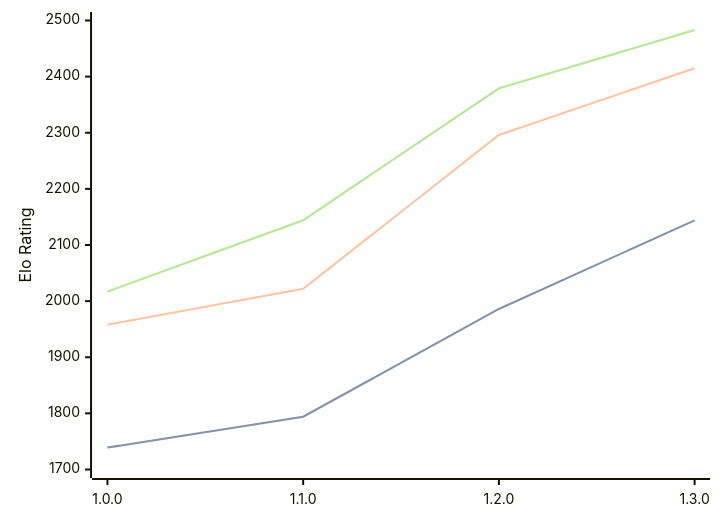
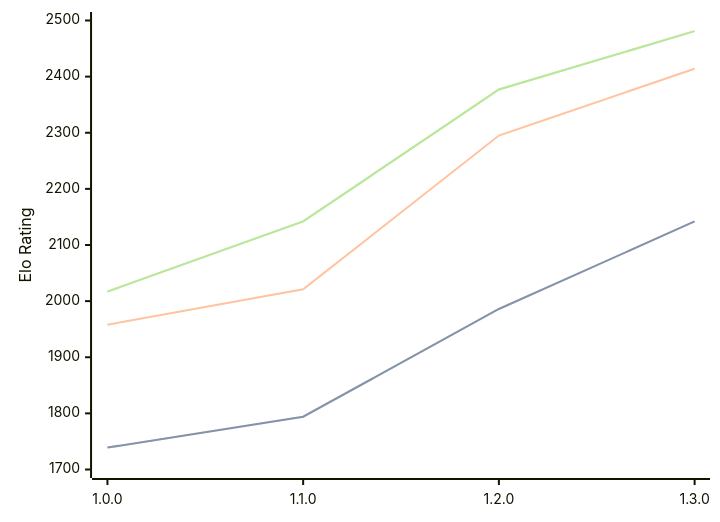
Before and after one commit to computer-chess-index/cci: the diagram in engines/Anodos.md, drawn with Mermaid. The commit also changed other lines of this file, not shown here.

Commit message:
Update CCI Ratings (ELO VLTC) - 2026-08-11

````diff
--- a/engines/Anodos.md
+++ b/engines/Anodos.md
@@ -34,11 +34,11 @@
 ```mermaid
 %%{init: {"theme":"base","themeVariables":{"seriesColors:['#a3a3a3','#222221','#faa371']}}}%%
 xychart-beta
   x-axis ["1.0.0", "1.1.0", "1.2.0", "1.3.0"]
   y-axis "Elo Rating" 1700 --> 2500
-  line "STC (8.0+0.08s)" [1739, 1794, 1986, 2144]
-  line "STC (8.0+0.08s)" [1739, 1794, 1986, 2144]
-  line "LTC (60.0+0.60s)" [1958, 2022, 2296, 2415]
-  line "VLTC (2m24s+1.12s)" [2017, 2144, 2379, 2483]
-  line "VLTC (2m24s+1.12s)" [2017, 2144, 2379, 2483]
+  line "STC (8.0+0.08s)" [1739, 1794, 1986, 2142]
+  line "STC (8.0+0.08s)" [1739, 1794, 1986, 2142]
+  line "LTC (60.0+0.60s)" [1958, 2021, 2295, 2414]
+  line "VLTC (2m24s+1.12s)" [2017, 2142, 2377, 2481]
+  line "VLTC (2m24s+1.12s)" [2017, 2142, 2377, 2481]
 ```
````
